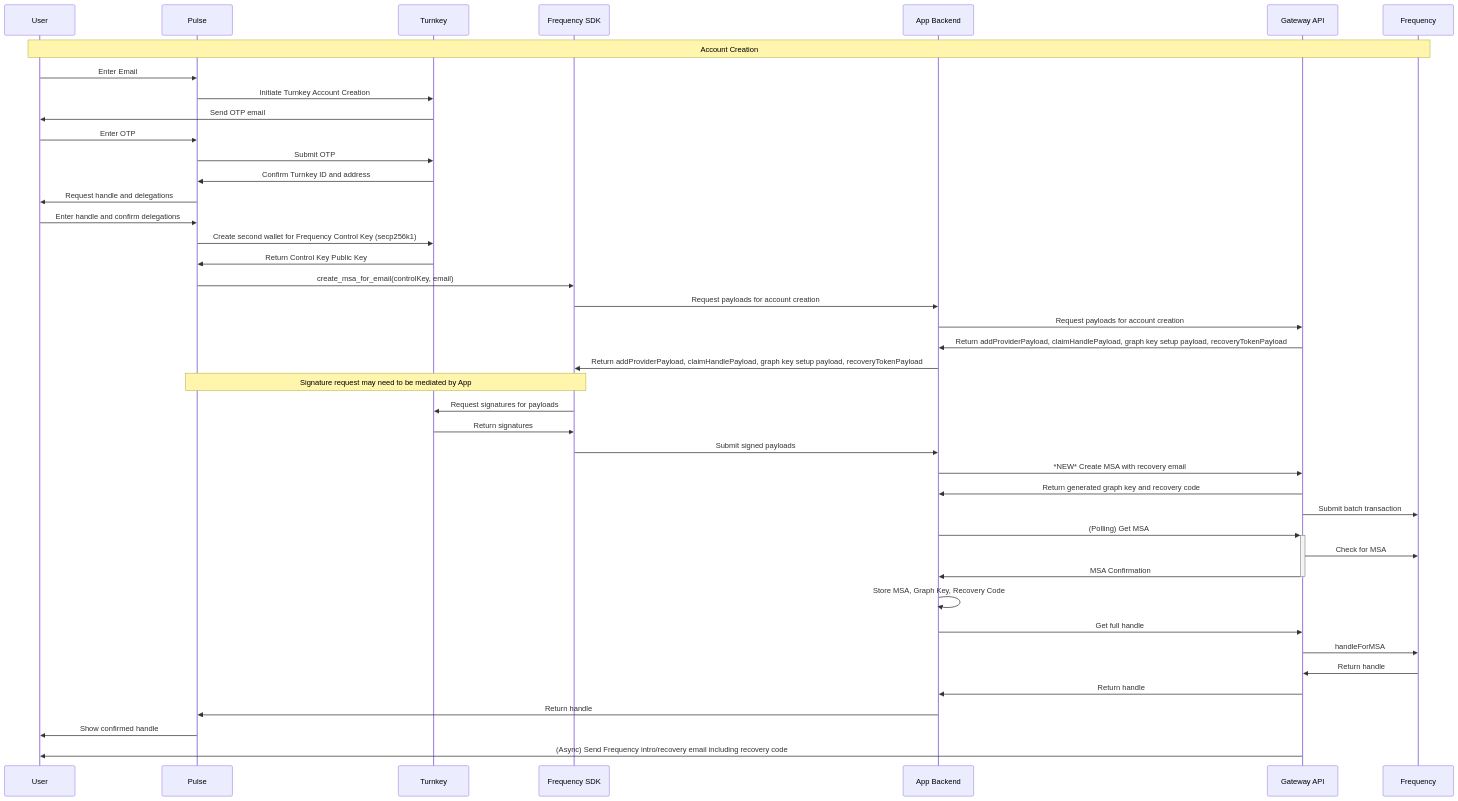
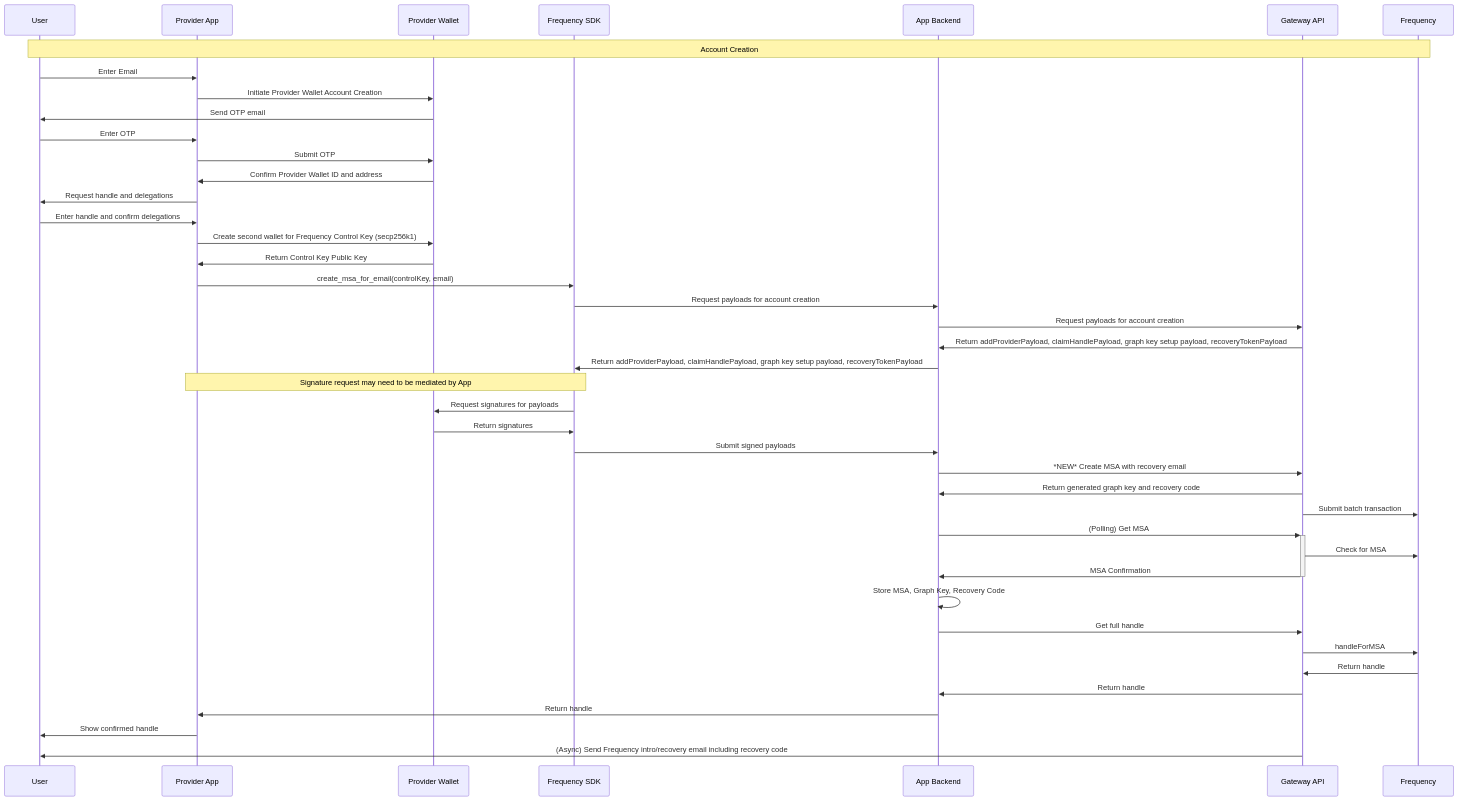
One commit to frequency-chain/frequency changed the first of 2 diagrams in designdocs/recovery_system.md. Above: the diagram before and after it, drawn with Mermaid.

Commit message:
refactor: update participant names in account creation sequence diagram for clarity

````diff
--- a/designdocs/recovery_system.md
+++ b/designdocs/recovery_system.md
@@ -77,45 +77,45 @@
 ```mermaid
 sequenceDiagram
     participant U as User
-    participant App as Pulse
-    participant EW as Turnkey
+    participant App as Provider App
+    participant EW as Provider Wallet
     participant SDK as Frequency SDK
     participant B as App Backend
     participant G as Gateway API
     participant F as Frequency
 
     Note over U,F: Account Creation
     U->>App: Enter Email
-    App->>EW: Initiate Turnkey Account Creation
+    App->>EW: Initiate Provider Wallet Account Creation
     EW->>U: Send OTP email
     U->>App: Enter OTP
     App->>EW: Submit OTP
-    EW->>App: Confirm Turnkey ID and address
+    EW->>App: Confirm Provider Wallet ID and address
     App->>U: Request handle and delegations
     U->>App: Enter handle and confirm delegations
     App->>EW: Create second wallet for Frequency Control Key (secp256k1)
     EW->>App: Return Control Key Public Key
     App->>SDK: create_msa_for_email(controlKey, email)
     SDK->>B: Request payloads for account creation
     B->>G: Request payloads for account creation
     G->>B: Return addProviderPayload, claimHandlePayload, graph key setup payload, recoveryTokenPayload
     B->>SDK: Return addProviderPayload, claimHandlePayload, graph key setup payload, recoveryTokenPayload
     Note over App,SDK: Signature request may need to be mediated by App
     SDK->>EW: Request signatures for payloads
     EW->>SDK: Return signatures
     SDK->>B: Submit signed payloads
     B->>G: *NEW* Create MSA with recovery email
     G->>B: Return generated graph key and recovery code
     G->>F: Submit batch transaction
     B->>+G: (Polling) Get MSA
     G->>F: Check for MSA
     G->>-B: MSA Confirmation
     B->>B: Store MSA, Graph Key, Recovery Code
     B->>G: Get full handle
     G->>F: handleForMSA
     F->>G: Return handle
     G->>B: Return handle
     B->>App: Return handle
     App->>U: Show confirmed handle
     G->>U: (Async) Send Frequency intro/recovery email including recovery code
 ```
````
